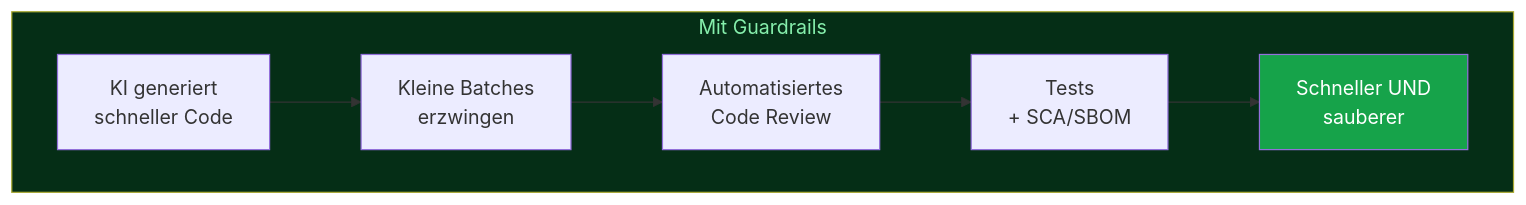
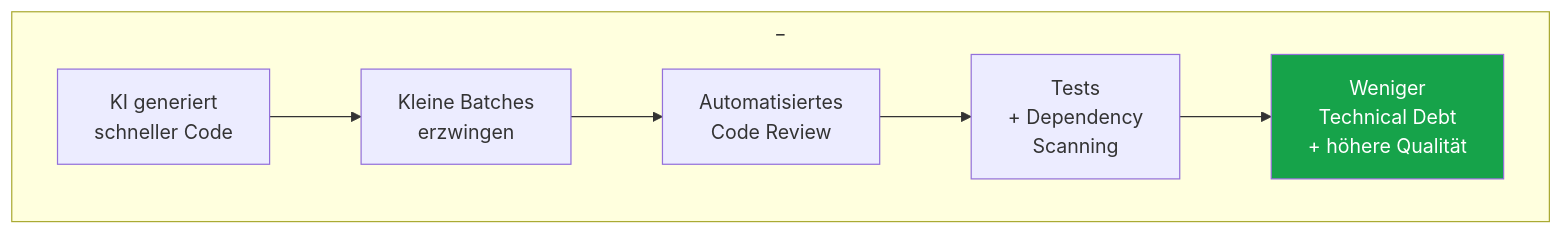
One commit to harrybin/presentations changed the diagram in special-slides/aiops-Mainteance-mit-KI/technical-debt.md. Above: the diagram before and after it, drawn with Mermaid. The commit also changed other lines of this file and 1 other file, not shown here.

````diff
--- a/special-slides/aiops-Mainteance-mit-KI/technical-debt.md
+++ b/special-slides/aiops-Mainteance-mit-KI/technical-debt.md
@@ -108,12 +114,11 @@
 ```mermaid {scale: 0.65}
 graph TB
-    subgraph MIT["Mit Guardrails"]
+    subgraph _
         A2[KI generiert<br/>schneller Code] --> B2[Kleine Batches<br/>erzwingen]
         B2 --> C2[Automatisiertes<br/>Code Review]
-        C2 --> D2[Tests<br/>+ SCA/SBOM]
-        D2 --> E2[Schneller UND<br/>sauberer]
+        C2 --> D2[Tests<br/>+ Dependency<br>Scanning]
+        D2 --> E2[Weniger<br>Technical Debt<br/>+ höhere Qualität]
     end
 
-    style MIT fill:#052e16,color:#86efac
     style E2 fill:#16a34a,color:#fff
 ```
````
